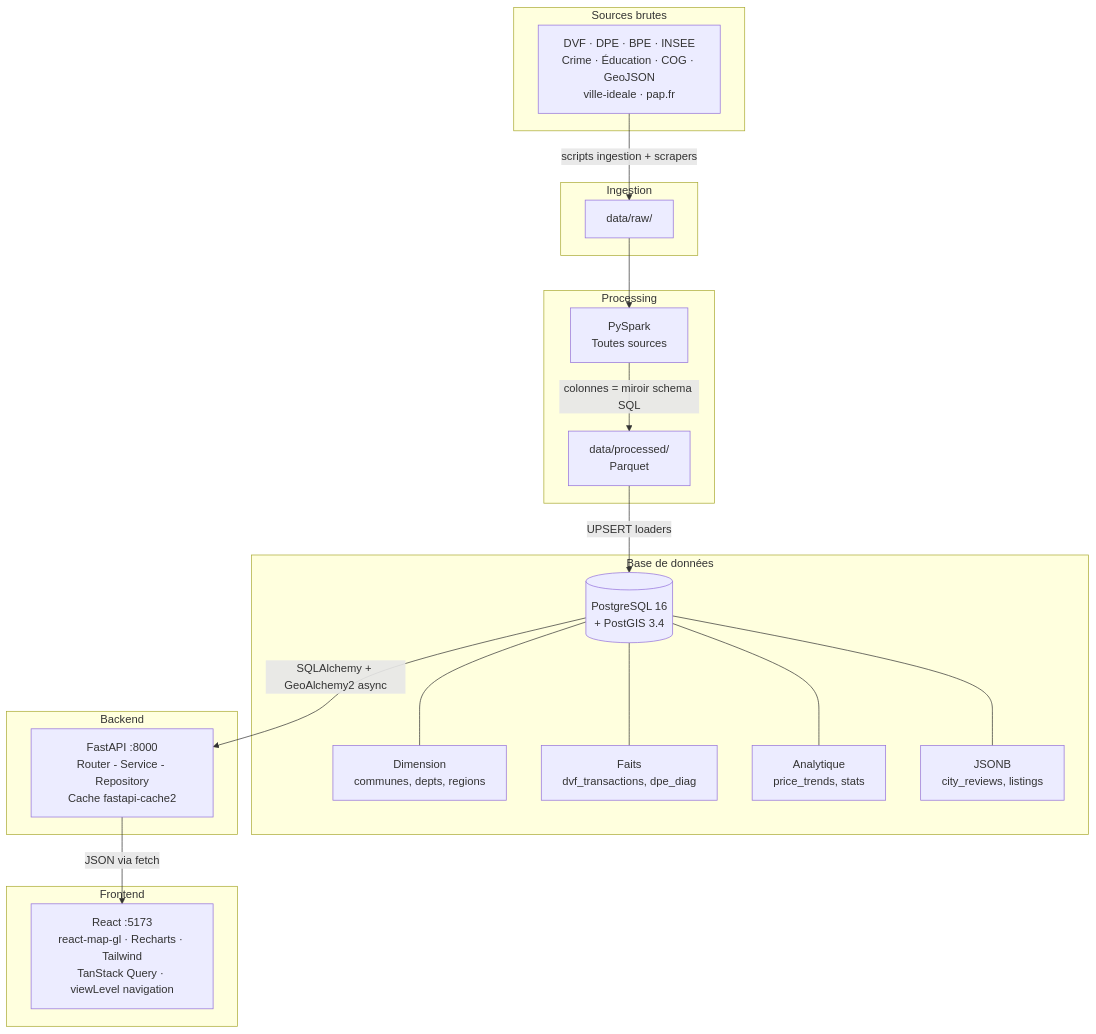
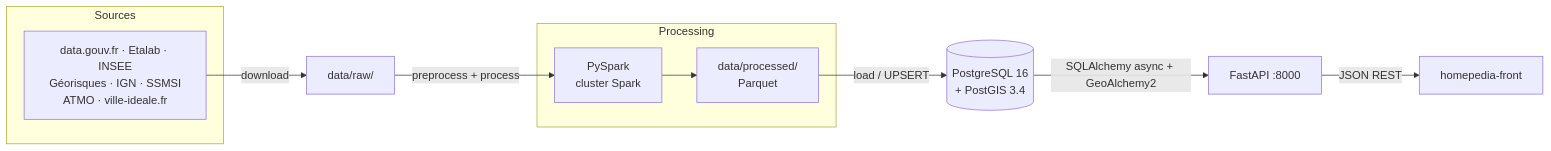
Before and after one commit to HomePedia-T-DAT-902/homepedia-api: the first of 3 diagrams in docs/architecture.md, drawn with Mermaid. The commit also changed other lines of this file and 12 other files, not shown here.

````diff
--- a/docs/architecture.md
+++ b/docs/architecture.md
@@ -22,39 +19,21 @@
 ```mermaid
-graph TD
-    subgraph Sources brutes
-        SRC[DVF · DPE · BPE · INSEE<br/>Crime · Éducation · COG · GeoJSON<br/>ville-ideale · pap.fr]
+graph LR
+    subgraph Sources
+        SRC[data.gouv.fr · Etalab · INSEE<br/>Géorisques · IGN · SSMSI<br/>ATMO · ville-ideale.fr]
     end
-
-    subgraph Ingestion
-        RAW[data/raw/]
-    end
-
+    RAW[data/raw/]
     subgraph Processing
-        SPARK[PySpark<br/>Toutes sources]
+        SPARK[PySpark<br/>cluster Spark]
         PARQUET[data/processed/<br/>Parquet]
     end
+    PG[(PostgreSQL 16<br/>+ PostGIS 3.4)]
+    API[FastAPI :8000]
+    FRONT[homepedia-front]
 
-    subgraph Base de données
-        PG[(PostgreSQL 16<br/>+ PostGIS 3.4)]
-        DIM[Dimension<br/>communes, depts, regions]
-        FAIT[Faits<br/>dvf_transactions, dpe_diag]
-        ANAL[Analytique<br/>price_trends, stats]
-        JSON[JSONB<br/>city_reviews, listings]
-    end
-
-    subgraph Backend
-        API[FastAPI :8000<br/>Router - Service - Repository<br/>Cache fastapi-cache2]
-    end
-
-    subgraph Frontend
-        REACT[React :5173<br/>react-map-gl · Recharts · Tailwind<br/>TanStack Query · viewLevel navigation]
-    end
-
-    SRC -->|scripts ingestion + scrapers| RAW
-    RAW --> SPARK
-    SPARK -->|colonnes = miroir schema SQL| PARQUET
-    PARQUET -->|UPSERT loaders| PG
-    PG --- DIM & FAIT & ANAL & JSON
-    PG -->|SQLAlchemy + GeoAlchemy2 async| API
-    API -->|JSON via fetch| REACT
+    SRC -->|download| RAW
+    RAW -->|preprocess + process| SPARK
+    SPARK --> PARQUET
+    PARQUET -->|load / UPSERT| PG
+    PG -->|SQLAlchemy async + GeoAlchemy2| API
+    API -->|JSON REST| FRONT
 ```
````
